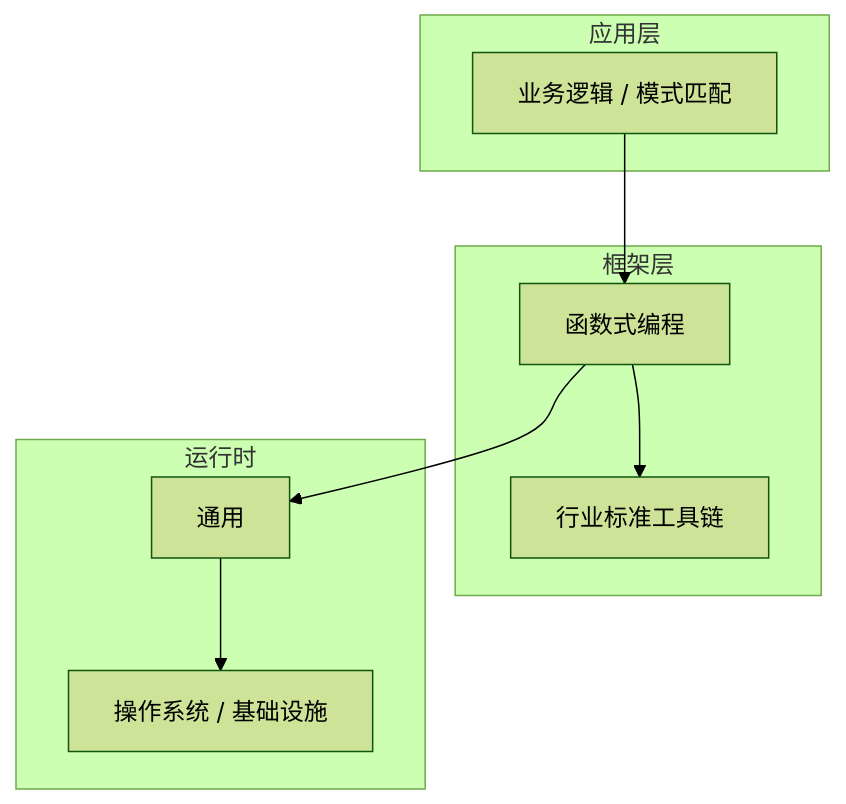
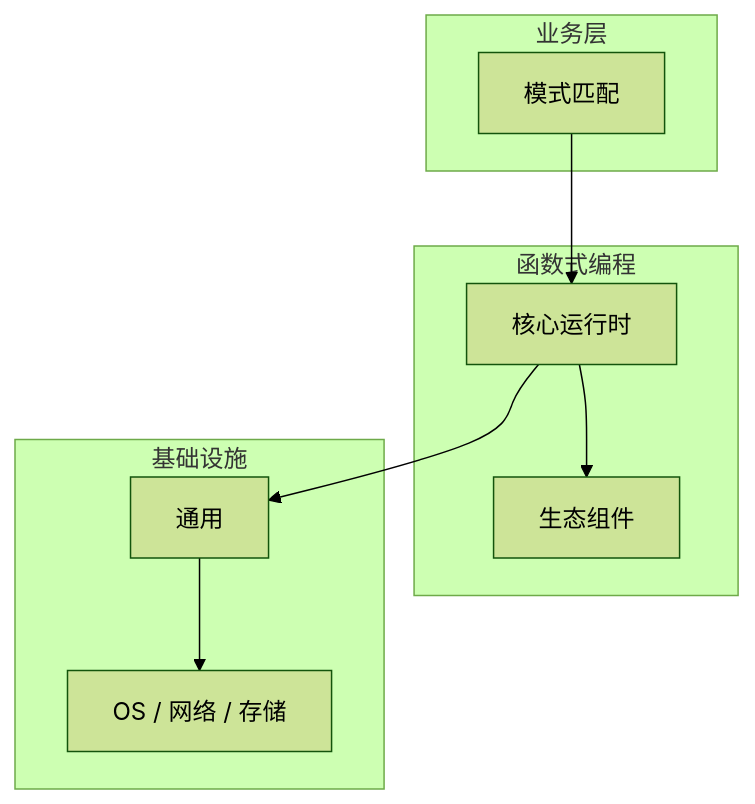
The diagram in articles/函数式编程/chapters/051-模式匹配核心概念与原理.md (yanggan2015/knowledge-json-v2), drawn with Mermaid (forest theme) before and after one commit. The commit also changed other lines of this file and 10127 other files, not shown here.

````diff
--- a/articles/函数式编程/chapters/051-模式匹配核心概念与原理.md
+++ b/articles/函数式编程/chapters/051-模式匹配核心概念与原理.md
@@ -45,18 +34,18 @@
 ```mermaid
 graph TB
-    subgraph 应用层
-        A[业务逻辑 / 模式匹配]
+    subgraph 业务层
+        A[模式匹配]
     end
-    subgraph 框架层
-        B[函数式编程]
-        C[行业标准工具链]
+    subgraph 函数式编程
+        B[核心运行时]
+        C[生态组件]
     end
-    subgraph 运行时
+    subgraph 基础设施
         D[通用]
-        E[操作系统 / 基础设施]
+        E[OS / 网络 / 存储]
     end
     A --> B
     B --> C
     B --> D
     D --> E
 ```
````
